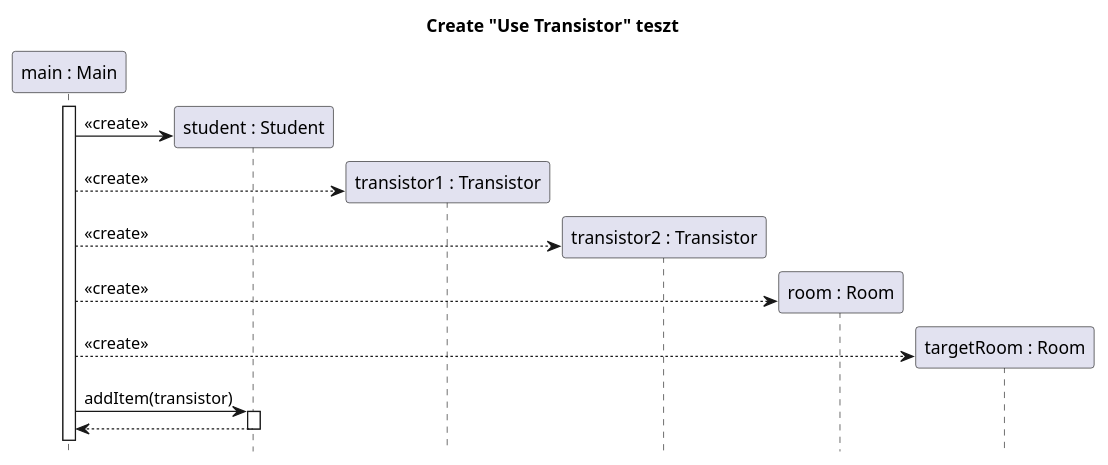
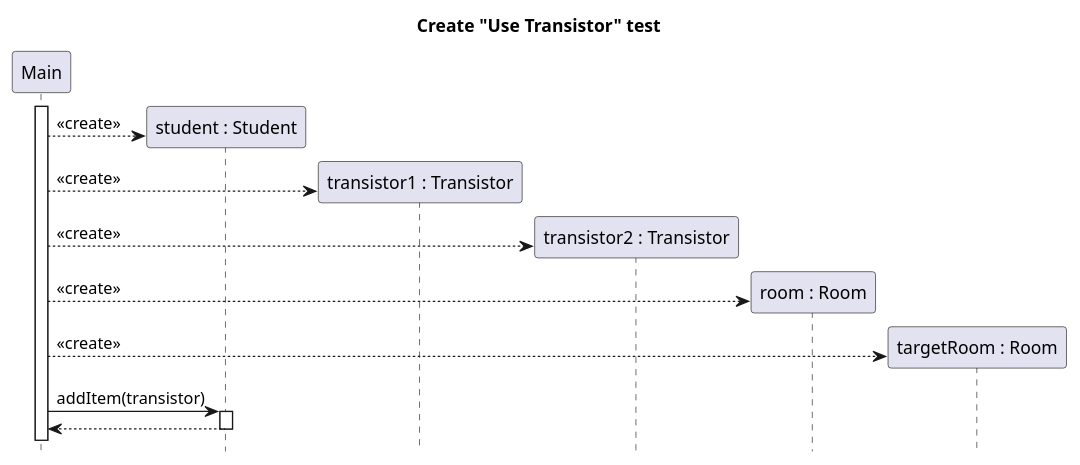
One commit to sn4k3ch4rm3r/logarlec changed the diagram in docs/diagrams/test-create-sequence/student-use-transistor-create.puml. Above: the diagram before and after it, drawn with PlantUML. The commit also changed 20 other files, not shown here.

Commit message:
Fixed initializer sequences

```diff
--- a/docs/diagrams/test-create-sequence/student-use-transistor-create.puml
+++ b/docs/diagrams/test-create-sequence/student-use-transistor-create.puml
@@ -1,27 +1,27 @@
 @startuml student-use-transistor-create
-title Create "Use Transistor" teszt
+title Create "Use Transistor" test
 hide footbox
 
-participant "main : Main" as main
+participant "Main" as main
 participant "student : Student" as student
 participant "transistor1 : Transistor" as tr
 participant "transistor2 : Transistor" as tr2
 participant "room : Room" as room
 participant "targetRoom : Room" as targetRoom
 
 main++
 create student
-main -> student : <<create>>
+main --> student : <<create>>
 create tr
 main --> tr : <<create>>
 create tr2
 main --> tr2 : <<create>>
 create room
 main --> room : <<create>>
 create targetRoom
 main --> targetRoom : <<create>>
 main -> student ++ : addItem(transistor)
 return
 
 
 @enduml
```
